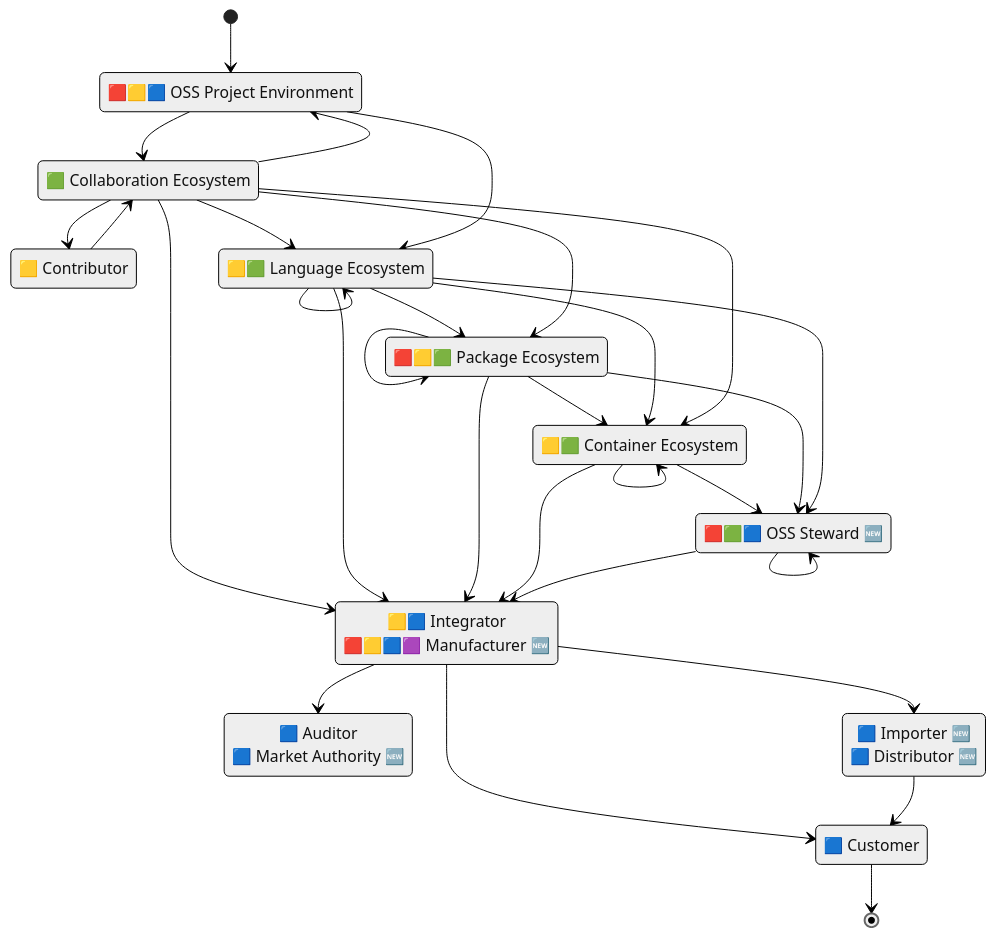
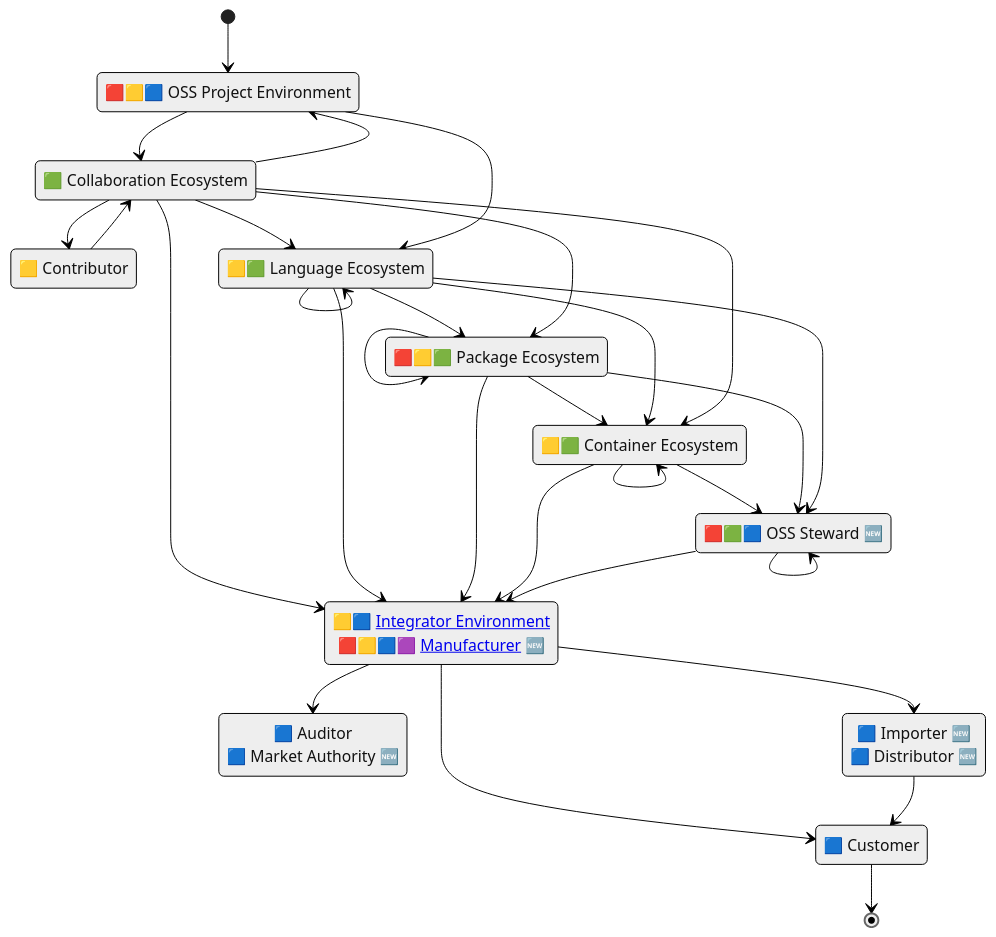
One commit to CPAN-Security/security.metacpan.org changed the second of 5 diagrams in docs/supplychain-sbom.md. Above: the diagram before and after it, drawn with Mermaid (neutral theme). The commit also changed other lines of this file, not shown here.

Commit message:
Play around a little with the state diagrams

````diff
--- a/docs/supplychain-sbom.md
+++ b/docs/supplychain-sbom.md
@@ -144,49 +144,50 @@
 ```mermaid
 stateDiagram-v2
+    %%{ text-align:left }%%
     direction TB
 
     state "🟥&zwj;🟨&zwj;🟦&nbsp;OSS&nbsp;Project&nbsp;Environment" as environment_project
     state "🟨&nbsp;Contributor" as environment_contributor
     state "🟩&nbsp;Collaboration&nbsp;Ecosystem" as ecosystem_forge
     state "🟨&zwj;🟩&nbsp;Language&nbsp;Ecosystem" as ecosystem_lang
     state "🟥&zwj;🟨&zwj;🟩&nbsp;Package&nbsp;Ecosystem" as ecosystem_package
     state "🟨&zwj;🟩&nbsp;Container&nbsp;Ecosystem" as ecosystem_container
     state "🟥&zwj;🟩&zwj;🟦&nbsp;OSS&nbsp;Steward&nbsp;🆕" as ecosystem_steward
-    state "🟨&zwj;🟦 Integrator<br>🟥&zwj;🟨&zwj;🟦&zwj;🟪&nbsp;Manufacturer&nbsp;🆕" as environment_integrator
+    state "🟨&zwj;🟦&nbsp;<a href='#integrator-environment'>Integrator&nbsp;Environment</a><br>🟥&zwj;🟨&zwj;🟦&zwj;🟪&nbsp;<a href='#manufacturer'>Manufacturer</a>&nbsp;🆕" as environment_integrator
     state "🟦&nbsp;Auditor<br>🟦&nbsp;Market&nbsp;Authority&nbsp;🆕" as authority_auditor
     state "🟦&nbsp;Importer&nbsp;🆕<br>🟦&nbsp;Distributor&nbsp;🆕" as environment_market
     state "🟦&nbsp;Customer" as environment_customer
 
     [*]                      --> environment_project
     ecosystem_forge          --> environment_project
     environment_project      --> ecosystem_forge
     ecosystem_forge          --> environment_contributor
     ecosystem_forge          --> ecosystem_lang
     environment_project      --> ecosystem_lang
     environment_contributor  --> ecosystem_forge
     ecosystem_lang           --> ecosystem_package
     ecosystem_forge          --> ecosystem_package
     ecosystem_package        --> ecosystem_container
     ecosystem_forge          --> environment_integrator
     ecosystem_lang           --> environment_integrator
     ecosystem_lang           --> ecosystem_container
     ecosystem_forge          --> ecosystem_container
     ecosystem_container      --> ecosystem_steward
     ecosystem_package        --> ecosystem_steward
     ecosystem_package        --> ecosystem_package
     ecosystem_package        --> environment_integrator
     ecosystem_lang           --> ecosystem_steward
     ecosystem_lang           --> ecosystem_lang
     ecosystem_container      --> ecosystem_container
     ecosystem_container      --> environment_integrator
     ecosystem_steward        --> environment_integrator
     ecosystem_steward        --> ecosystem_steward
     environment_integrator   --> environment_market
     environment_integrator   --> environment_customer
     environment_market       --> environment_customer
     environment_integrator   --> authority_auditor
     environment_customer     --> [*]
 
     %% Copyright © 2025 Salve J. Nilsen <sjn@oslo.pm>
     %% Some rights reserved. Licensed CC-BY-SA-4.0
 ```
````
